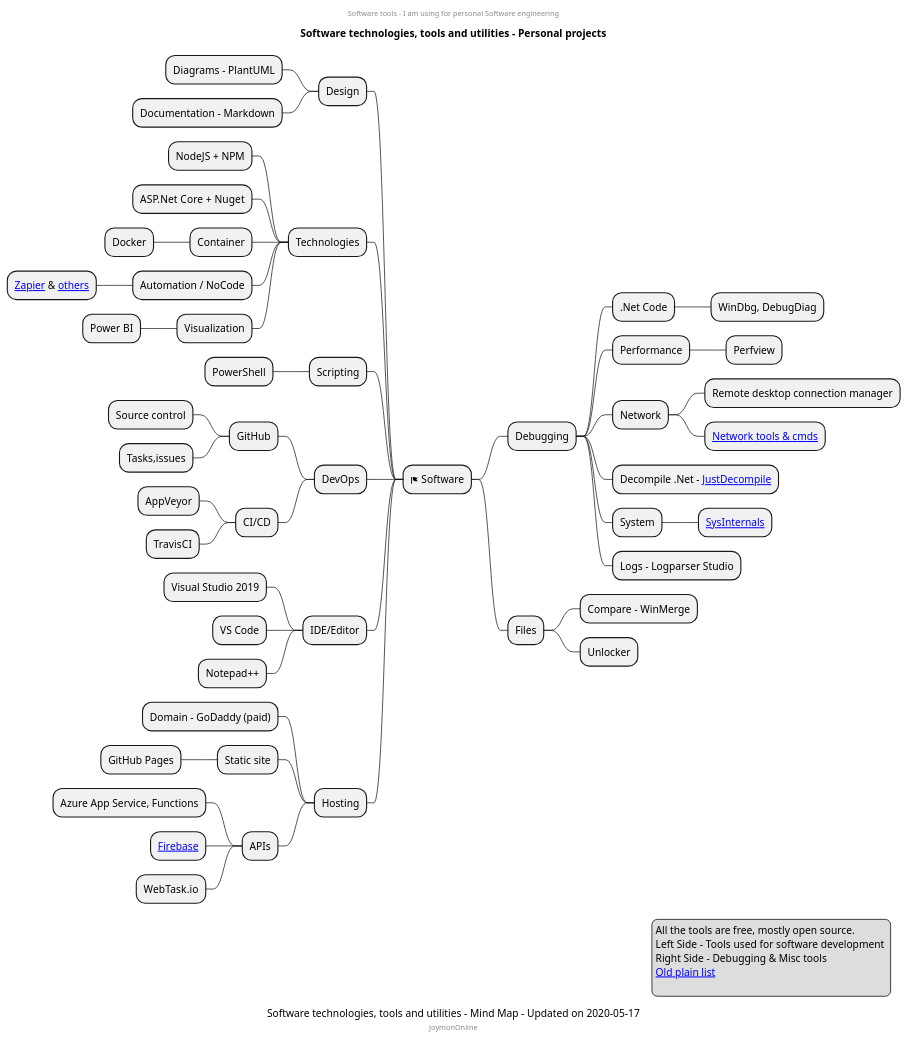
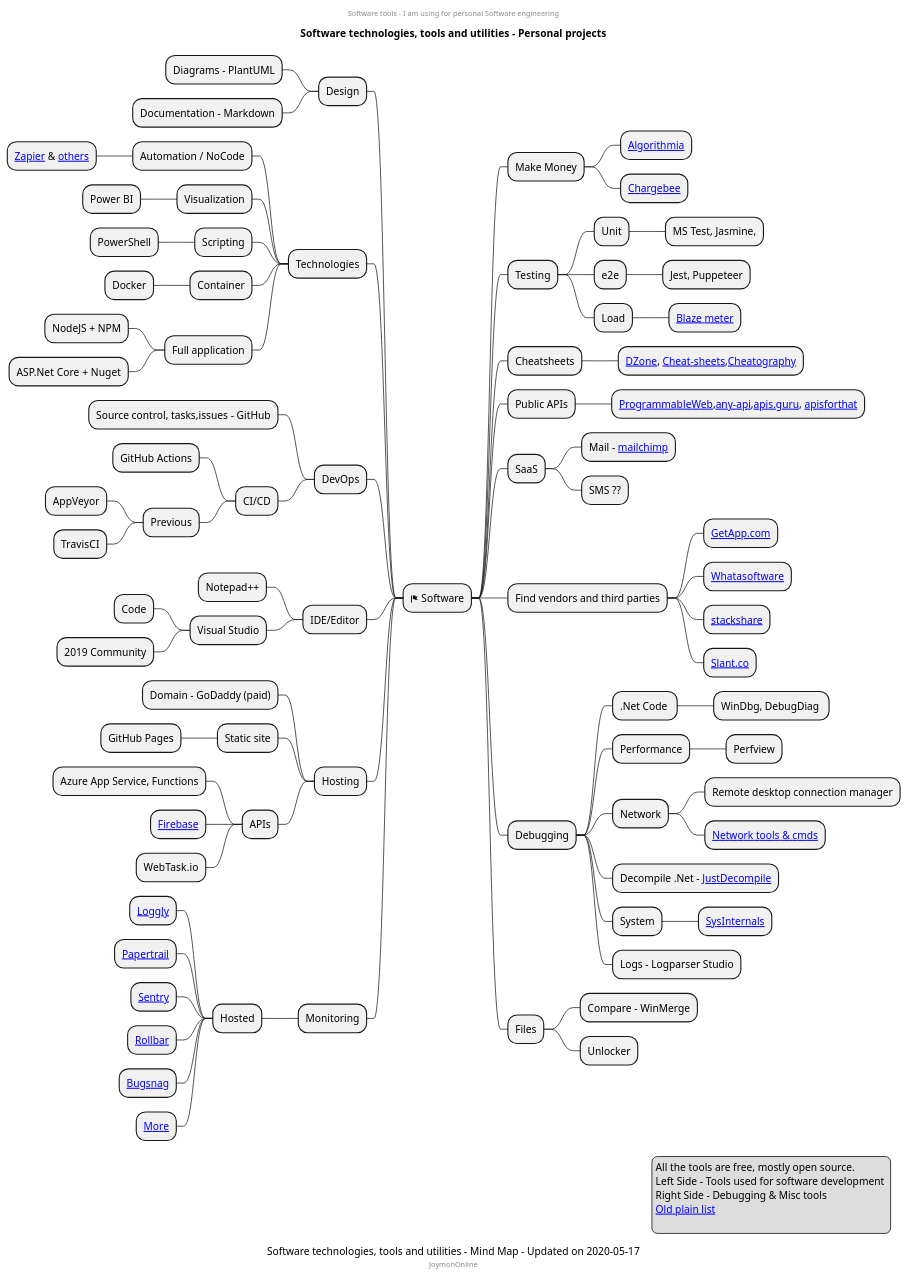
Before and after one commit to mind-maps/software: the diagram in software-tools/software-engineering-tools.puml, drawn with PlantUML. The commit also changed 1 other file, not shown here.

Commit message:
Added more links

```diff
--- a/software-tools/software-engineering-tools.puml
+++ b/software-tools/software-engineering-tools.puml
@@ -1,72 +1,104 @@
 @startmindmap
 center header
 Software tools - I am using for personal Software engineering
 endheader
 title Software technologies, tools and utilities - Personal projects
 caption Software technologies, tools and utilities - Mind Map - Updated on 2020-05-17
 center footer JoymonOnline
 * <&flag> Software
+** Make Money
+*** [[Algorithmia.com Algorithmia]]
+*** [[https://www.chargebee.com/pricing Chargebee]]
+** Testing
+*** Unit
+**** MS Test, Jasmine,
+*** e2e
+**** Jest, Puppeteer
+*** Load
+**** [[http://blazemeter.com Blaze meter]]
+
+** Cheatsheets
+*** [[https://dzone.com/refcardz DZone]], [[http://www.cheat-sheets.org/ Cheat-sheets]],[[https://www.cheatography.com/ Cheatography]]
+** Public APIs
+*** [[https://www.programmableweb.com/ ProgrammableWeb]],[[https://any-api.com/ any-api]],[[https://apis.guru/browse-apis/ apis.guru]], [[http://www.apiforthat.com/ apisforthat]]
+** SaaS
+*** Mail - [[https://mailchimp.com/ mailchimp]]
+*** SMS ??
+** Find vendors and third parties
+*** [[https://www.getapp.com/ GetApp.com]]
+*** [[https://www.whatasoftware.com/ Whatasoftware]]
+*** [[https://stackshare.io/ stackshare]]
+*** [[https://www.slant.co/ Slant.co]]
 ** Debugging
-*** .Net Code
-**** WinDbg, DebugDiag
+*** .Net Code 
+**** WinDbg, DebugDiag 
 *** Performance
 **** Perfview
 *** Network
 **** Remote desktop connection manager
 **** [[http://www.plantuml.com/plantuml/proxy?fmt=svg&cache=no&src=https://raw.githubusercontent.com/mind*maps/software/master/debugging/windows*network*debugging.puml Network tools & cmds]]
 *** Decompile .Net - [[https://www.telerik.com/products/decompiler.aspx JustDecompile]]
 *** System
 **** [[https://docs.microsoft.com/en-us/sysinternals/ SysInternals]]
 *** Logs - Logparser Studio
 
 ** Files
 *** Compare - WinMerge
 *** Unlocker
 
 left side
 
 ** Design
 *** Diagrams - PlantUML
 *** Documentation - Markdown
 ** Technologies
-*** NodeJS + NPM
-*** ASP.Net Core + Nuget
-*** Container
-**** Docker
 *** Automation / NoCode
 **** [[https://zapier.com/home Zapier]] & [[https://gist.github.com/joymon/89aeb18bef588895426b46a54e2ba970 others]]
 *** Visualization
 **** Power BI
+*** Scripting
+**** PowerShell
+*** Container
+**** Docker
+*** Full application
+**** NodeJS + NPM
+**** ASP.Net Core + Nuget
 
-** Scripting
-*** PowerShell
 ** DevOps
-*** GitHub
-**** Source control
-**** Tasks,issues
+*** Source control, tasks,issues - GitHub
 *** CI/CD
-**** AppVeyor
-**** TravisCI
+**** GitHub Actions
+**** Previous
+***** AppVeyor
+***** TravisCI
 ** IDE/Editor
-*** Visual Studio 2019
-*** VS Code
 *** Notepad++
+*** Visual Studio
+**** Code
+**** 2019 Community
 
 ** Hosting
 *** Domain - GoDaddy (paid)
 *** Static site
 **** GitHub Pages
 *** APIs
 **** Azure App Service, Functions
 **** [[https://firebase.google.com/pricing Firebase]]
 **** WebTask.io
-
+** Monitoring
+*** Hosted
+**** [[https://www.loggly.com/plans-and-pricing/ Loggly]]
+**** [[https://www.papertrail.com/plans/ Papertrail]]
+**** [[https://sentry.io/pricing/ Sentry]]
+**** [[https://rollbar.com/pricing/ Rollbar]]
+**** [[https://www.bugsnag.com/pricing Bugsnag]]
+**** [[https://github.com/cheeaun/javascript-error-logging More]]
 legend right
 All the tools are free, mostly open source.
 Left Side - Tools used for software development 
 Right Side - Debugging & Misc tools
 [[https://joymonscode.blogspot.com/2017/05/toolbox-for-open-source-developers.html Old plain list]]
   
 endlegend
 
 @endmindmap
```
